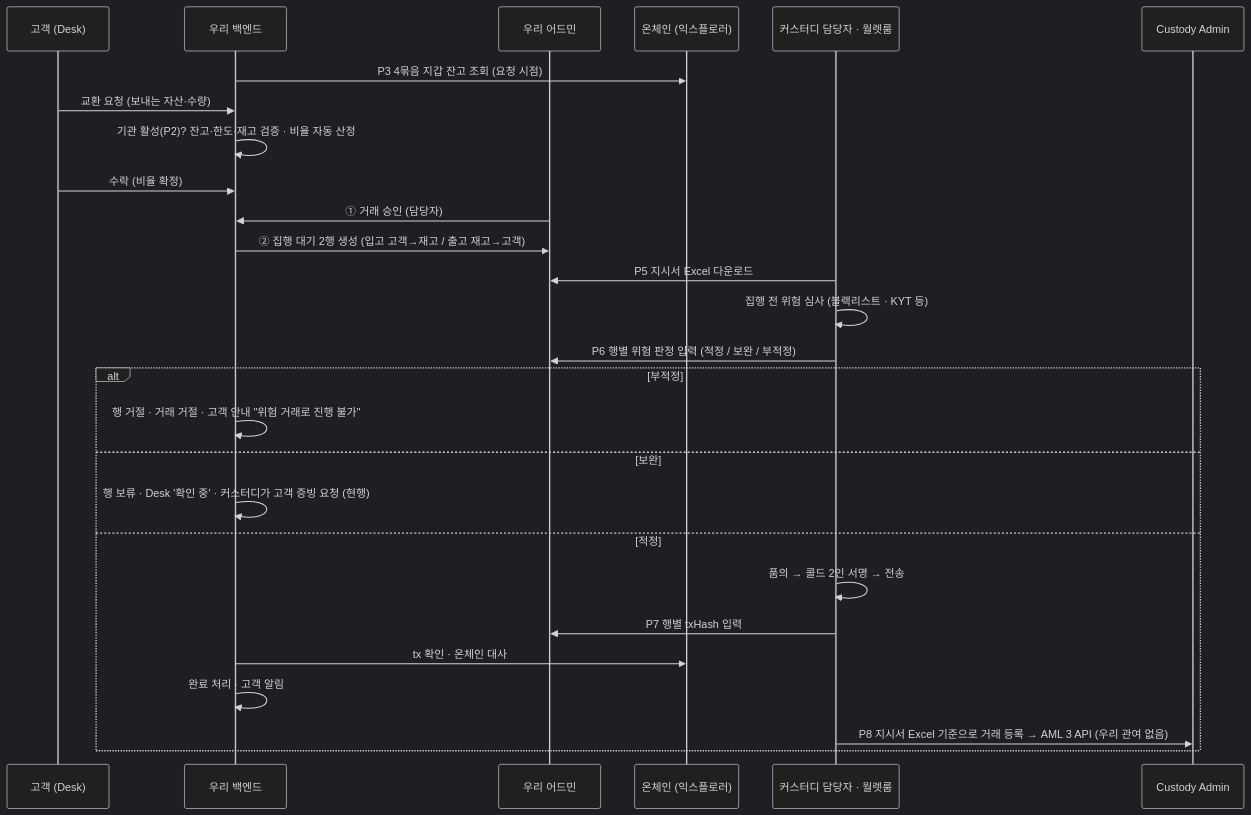
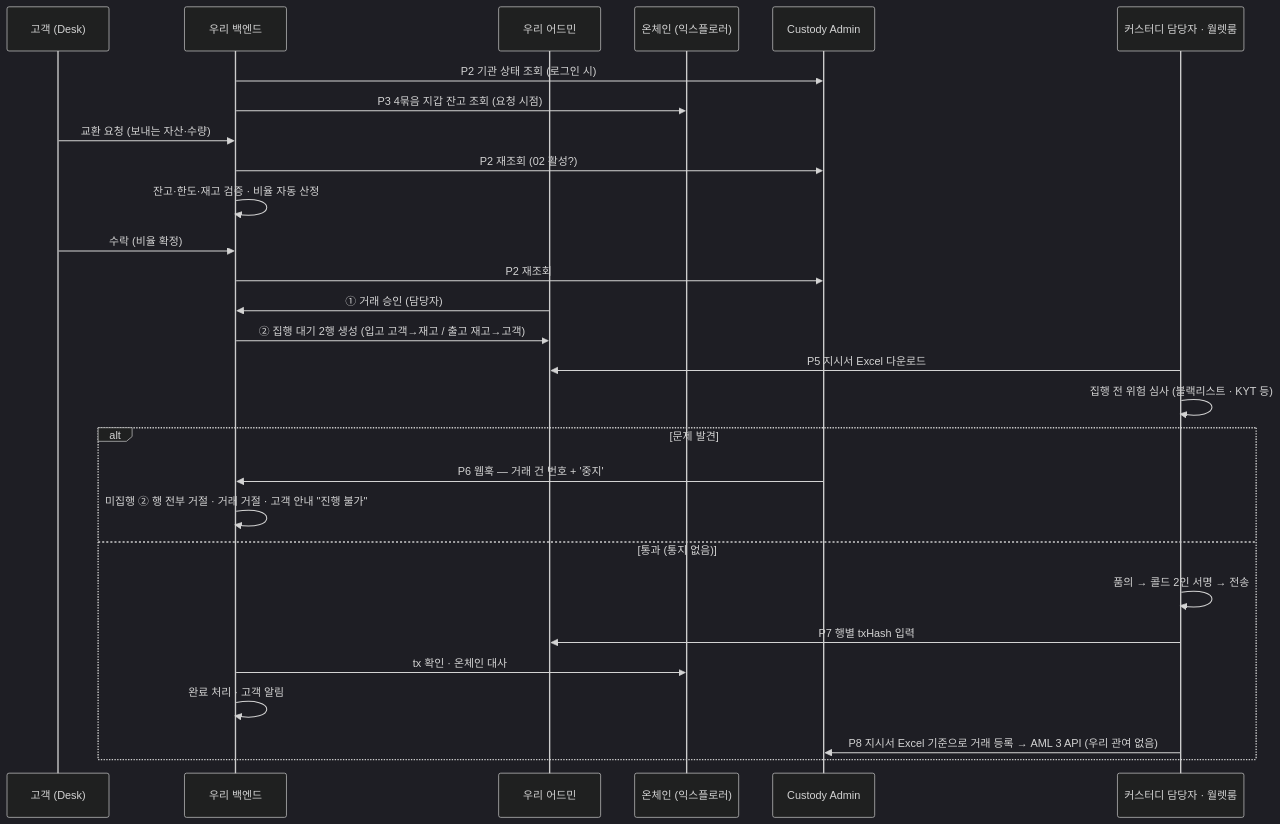
Before and after one commit to dsrvlabs/dsrv-desk: the third of 8 diagrams in drafts/36_플랫폼_커스터디_연동_범위_설명자료.md, drawn with Mermaid (dark theme). The commit also changed other lines of this file and 4 other files, not shown here.

````diff
--- a/drafts/36_플랫폼_커스터디_연동_범위_설명자료.md
+++ b/drafts/36_플랫폼_커스터디_연동_범위_설명자료.md
@@ -124,29 +130,30 @@
 ```mermaid
 sequenceDiagram
   participant C as 고객 (Desk)
   participant S as 우리 백엔드
   participant A as 우리 어드민
   participant X as 온체인 (익스플로러)
+  participant KA as Custody Admin
   participant K as 커스터디 담당자 · 월렛룸
-  participant KA as Custody Admin
+  S->>KA: P2 기관 상태 조회 (로그인 시)
   S->>X: P3 4묶음 지갑 잔고 조회 (요청 시점)
   C->>S: 교환 요청 (보내는 자산·수량)
-  S->>S: 기관 활성(P2)? 잔고·한도·재고 검증 · 비율 자동 산정
+  S->>KA: P2 재조회 (02 활성?)
+  S->>S: 잔고·한도·재고 검증 · 비율 자동 산정
   C->>S: 수락 (비율 확정)
+  S->>KA: P2 재조회
   A->>S: ① 거래 승인 (담당자)
   S->>A: ② 집행 대기 2행 생성 (입고 고객→재고 / 출고 재고→고객)
   K->>A: P5 지시서 Excel 다운로드
   K->>K: 집행 전 위험 심사 (블랙리스트 · KYT 등)
-  K->>A: P6 행별 위험 판정 입력 (적정 / 보완 / 부적정)
-  alt 부적정
-    S->>S: 행 거절 · 거래 거절 · 고객 안내 "위험 거래로 진행 불가"
-  else 보완
-    S->>S: 행 보류 · Desk '확인 중' · 커스터디가 고객 증빙 요청 (현행)
-  else 적정
+  alt 문제 발견
+    KA->>S: P6 웹훅 — 거래 건 번호 + '중지'
+    S->>S: 미집행 ② 행 전부 거절 · 거래 거절 · 고객 안내 "진행 불가"
+  else 통과 (통지 없음)
     K->>K: 품의 → 콜드 2인 서명 → 전송
     K->>A: P7 행별 txHash 입력
     S->>X: tx 확인 · 온체인 대사
     S->>S: 완료 처리 · 고객 알림
     K->>KA: P8 지시서 Excel 기준으로 거래 등록 → AML 3 API (우리 관여 없음)
   end
 ```
````
